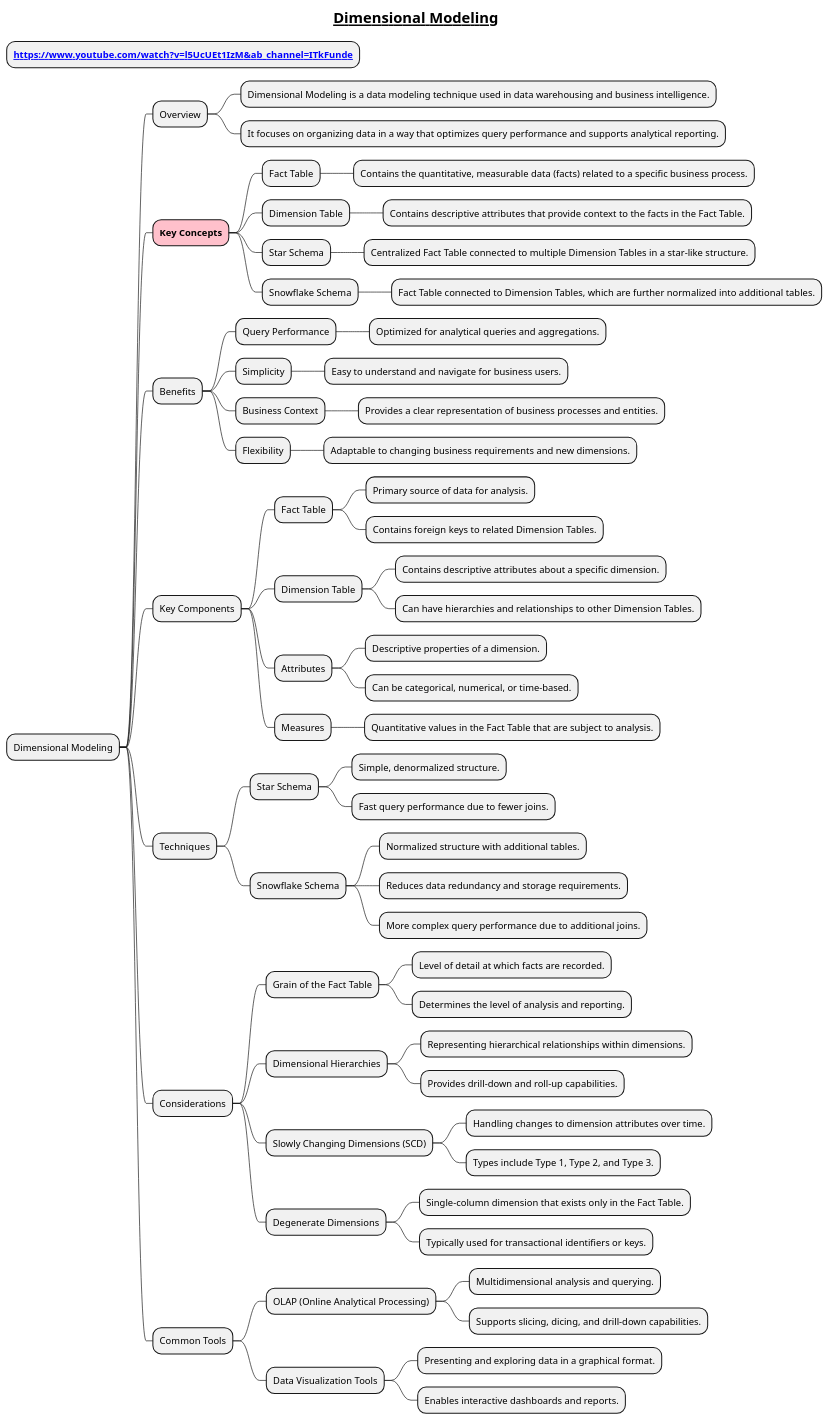
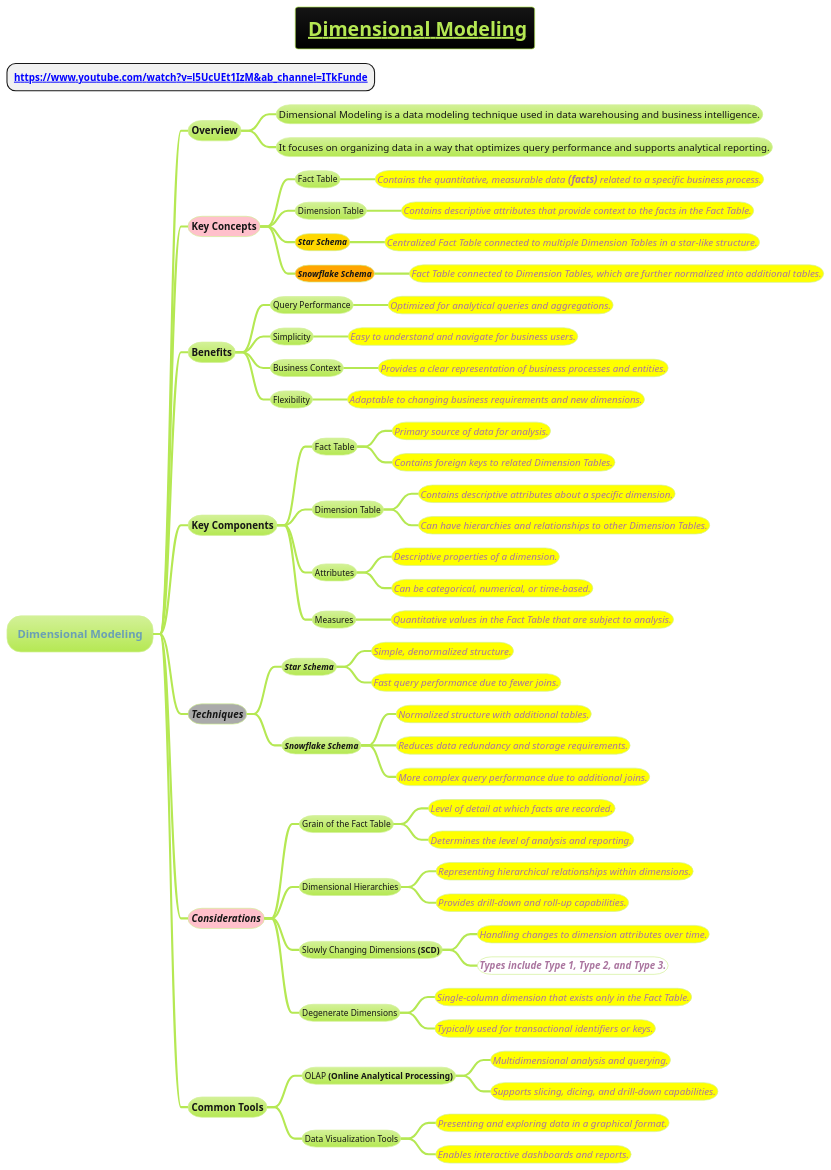
One commit to MehmoodHashmi/Documentation-as-Code-DaC changed the diagram in docs/books/1-books-backlog/DBMS/Dimensional-Modeling.puml. Above: the diagram before and after it, drawn with PlantUML. The commit also changed 4 other files, not shown here.

```diff
--- a/docs/books/1-books-backlog/DBMS/Dimensional-Modeling.puml
+++ b/docs/books/1-books-backlog/DBMS/Dimensional-Modeling.puml
@@ -1,67 +1,68 @@
 @startmindmap
 title =__ Dimensional Modeling__
 * **[[https://www.youtube.com/watch?v=l5UcUEt1IzM&ab_channel=ITkFunde]]**
+!theme hacker
 
 * Dimensional Modeling
 ** Overview
-*** Dimensional Modeling is a data modeling technique used in data warehousing and business intelligence.
-*** It focuses on organizing data in a way that optimizes query performance and supports analytical reporting.
+*** <size:14>Dimensional Modeling is a data modeling technique used in data warehousing and business intelligence.
+*** <size:14>It focuses on organizing data in a way that optimizes query performance and supports analytical reporting.
 **[#pink] **Key Concepts**
 *** Fact Table
-**** Contains the quantitative, measurable data (facts) related to a specific business process.
+****[#yellow] ====<size:14>Contains the quantitative, measurable data **(facts)** related to a specific business process.
 *** Dimension Table
-**** Contains descriptive attributes that provide context to the facts in the Fact Table.
-*** Star Schema
-**** Centralized Fact Table connected to multiple Dimension Tables in a star-like structure.
-*** Snowflake Schema
-**** Fact Table connected to Dimension Tables, which are further normalized into additional tables.
+****[#yellow] ====<size:14>Contains descriptive attributes that provide context to the facts in the Fact Table.
+***[#gold] ====**Star Schema**
+****[#yellow] ====<size:14>Centralized Fact Table connected to multiple Dimension Tables in a star-like structure.
+***[#orange] ====**Snowflake Schema**
+****[#yellow] ====<size:14>Fact Table connected to Dimension Tables, which are further normalized into additional tables.
 ** Benefits
 *** Query Performance
-**** Optimized for analytical queries and aggregations.
+****[#yellow] ====<size:14>Optimized for analytical queries and aggregations.
 *** Simplicity
-**** Easy to understand and navigate for business users.
+****[#yellow] ====<size:14>Easy to understand and navigate for business users.
 *** Business Context
-**** Provides a clear representation of business processes and entities.
+****[#yellow] ====<size:14>Provides a clear representation of business processes and entities.
 *** Flexibility
-**** Adaptable to changing business requirements and new dimensions.
+****[#yellow] ====<size:14>Adaptable to changing business requirements and new dimensions.
 ** Key Components
 *** Fact Table
-**** Primary source of data for analysis.
-**** Contains foreign keys to related Dimension Tables.
+****[#yellow] ====<size:14>Primary source of data for analysis.
+****[#yellow] ====<size:14>Contains foreign keys to related Dimension Tables.
 *** Dimension Table
-**** Contains descriptive attributes about a specific dimension.
-**** Can have hierarchies and relationships to other Dimension Tables.
+****[#yellow] ====<size:14>Contains descriptive attributes about a specific dimension.
+****[#yellow] ====<size:14>Can have hierarchies and relationships to other Dimension Tables.
 *** Attributes
-**** Descriptive properties of a dimension.
-**** Can be categorical, numerical, or time-based.
+****[#yellow] ====<size:14>Descriptive properties of a dimension.
+****[#yellow] ====<size:14>Can be categorical, numerical, or time-based.
 *** Measures
-**** Quantitative values in the Fact Table that are subject to analysis.
-** Techniques
-*** Star Schema
-**** Simple, denormalized structure.
-**** Fast query performance due to fewer joins.
-*** Snowflake Schema
-**** Normalized structure with additional tables.
-**** Reduces data redundancy and storage requirements.
-**** More complex query performance due to additional joins.
-** Considerations
+****[#yellow] ====<size:14>Quantitative values in the Fact Table that are subject to analysis.
+**[#a] ====Techniques
+*** ====**Star Schema**
+****[#yellow] ====<size:14>Simple, denormalized structure.
+****[#yellow] ====<size:14>Fast query performance due to fewer joins.
+*** ====**Snowflake Schema**
+****[#yellow] ====<size:14>Normalized structure with additional tables.
+****[#yellow] ====<size:14>Reduces data redundancy and storage requirements.
+****[#yellow] ====<size:14>More complex query performance due to additional joins.
+**[#pink] ====Considerations
 *** Grain of the Fact Table
-**** Level of detail at which facts are recorded.
-**** Determines the level of analysis and reporting.
+****[#yellow] ====<size:14>Level of detail at which facts are recorded.
+****[#yellow] ====<size:14>Determines the level of analysis and reporting.
 *** Dimensional Hierarchies
-**** Representing hierarchical relationships within dimensions.
-**** Provides drill-down and roll-up capabilities.
-*** Slowly Changing Dimensions (SCD)
-**** Handling changes to dimension attributes over time.
-**** Types include Type 1, Type 2, and Type 3.
+****[#yellow] ====<size:14>Representing hierarchical relationships within dimensions.
+****[#yellow] ====<size:14>Provides drill-down and roll-up capabilities.
+*** Slowly Changing Dimensions **(SCD)**
+****[#yellow] ====<size:14>Handling changes to dimension attributes over time.
+****[#white] ====<size:14>**Types include Type 1, Type 2, and Type 3.**
 *** Degenerate Dimensions
-**** Single-column dimension that exists only in the Fact Table.
-**** Typically used for transactional identifiers or keys.
+****[#yellow] ====<size:14>Single-column dimension that exists only in the Fact Table.
+****[#yellow] ====<size:14>Typically used for transactional identifiers or keys.
 ** Common Tools
-*** OLAP (Online Analytical Processing)
-**** Multidimensional analysis and querying.
-**** Supports slicing, dicing, and drill-down capabilities.
+*** OLAP **(Online Analytical Processing)**
+****[#yellow] ====<size:14>Multidimensional analysis and querying.
+****[#yellow] ====<size:14>Supports slicing, dicing, and drill-down capabilities.
 *** Data Visualization Tools
-**** Presenting and exploring data in a graphical format.
-**** Enables interactive dashboards and reports.
+****[#yellow] ====<size:14>Presenting and exploring data in a graphical format.
+****[#yellow] ====<size:14>Enables interactive dashboards and reports.
 @endmindmap
```
